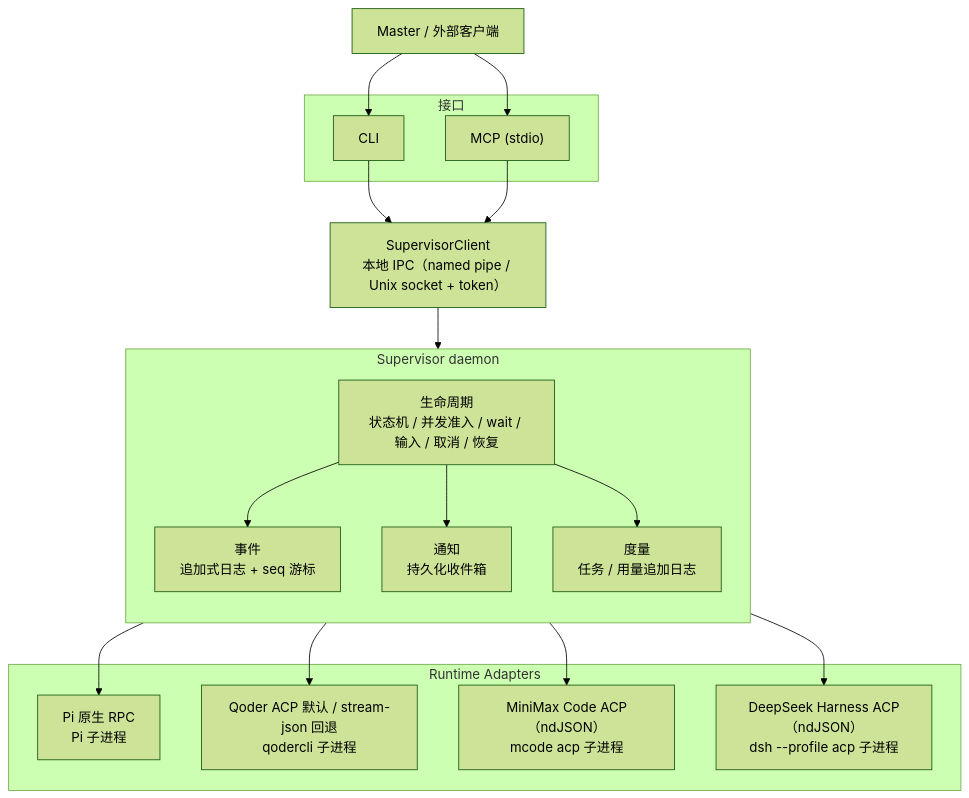
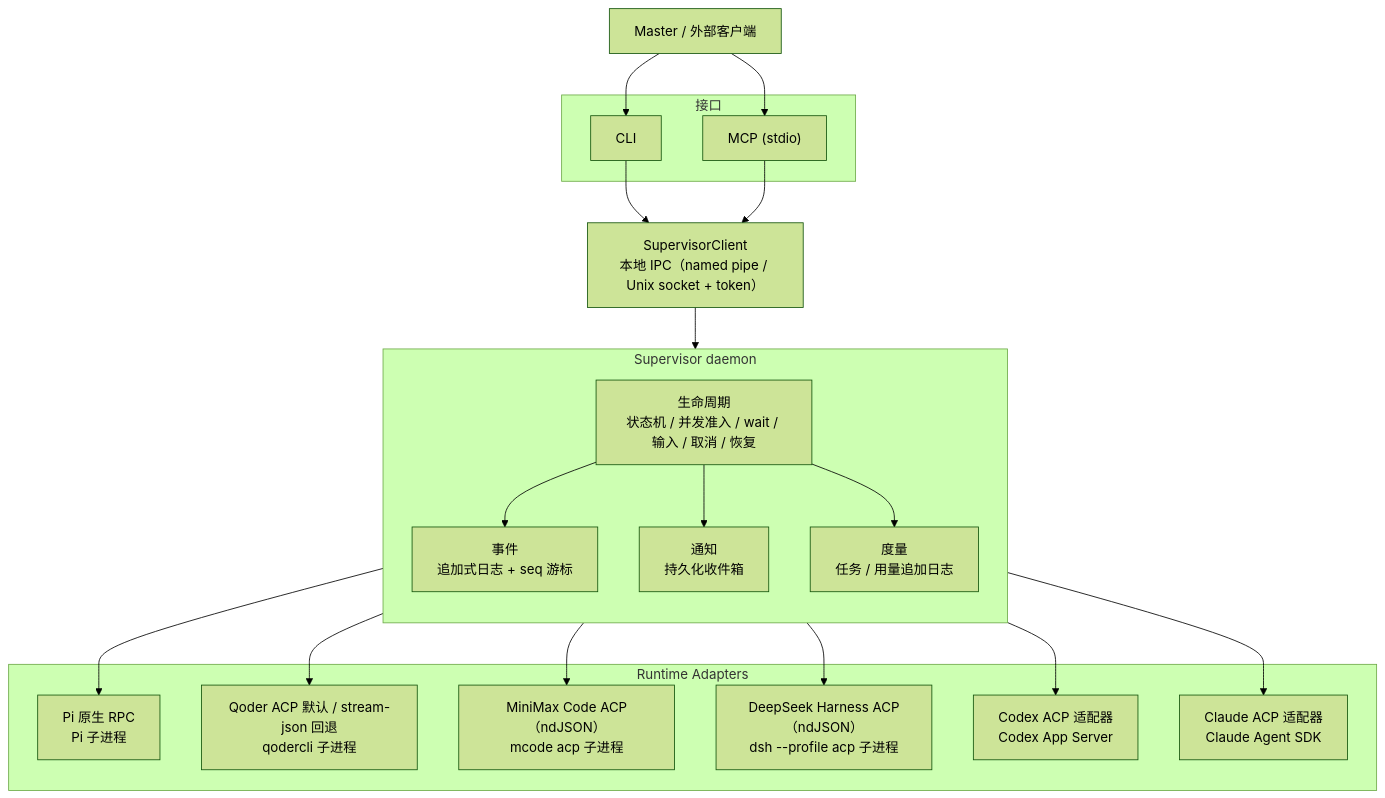
The diagram in README.md (Chenpi-Sakura/harness-supervisor), drawn with Mermaid (forest theme) before and after one commit. The commit also changed other lines of this file and 29 other files, not shown here.

Commit message:
feat(acp): add Codex and Claude workers and editable HS settings

````diff
--- a/README.md
+++ b/README.md
@@ -190,39 +208,43 @@
 ```mermaid
 flowchart TB
     Client["Master / 外部客户端"]
 
     subgraph interfaces["接口"]
         CLI["CLI"]
         MCP["MCP (stdio)"]
     end
 
     IPC["SupervisorClient<br/>本地 IPC（named pipe / Unix socket + token）"]
 
     subgraph daemon["Supervisor daemon"]
         direction TB
         Lifecycle["生命周期<br/>状态机 / 并发准入 / wait / 输入 / 取消 / 恢复"]
         Events["事件<br/>追加式日志 + seq 游标"]
         Inbox["通知<br/>持久化收件箱"]
         Metrics["度量<br/>任务 / 用量追加日志"]
     end
 
     subgraph adapters["Runtime Adapters"]
         Pi["Pi 原生 RPC<br/>Pi 子进程"]
         Qoder["Qoder ACP 默认 / stream-json 回退<br/>qodercli 子进程"]
         Mcode["MiniMax Code ACP（ndJSON）<br/>mcode acp 子进程"]
         Dsh["DeepSeek Harness ACP（ndJSON）<br/>dsh --profile acp 子进程"]
+        Codex["Codex ACP 适配器<br/>Codex App Server"]
+        Claude["Claude ACP 适配器<br/>Claude Agent SDK"]
     end
 
     Client --> CLI
     Client --> MCP
     CLI --> IPC
     MCP --> IPC
     IPC --> Lifecycle
     Lifecycle --> Events
     Lifecycle --> Inbox
     Lifecycle --> Metrics
     Lifecycle --> Pi
     Lifecycle --> Qoder
     Lifecycle --> Mcode
     Lifecycle --> Dsh
+    Lifecycle --> Codex
+    Lifecycle --> Claude
 ```
````
